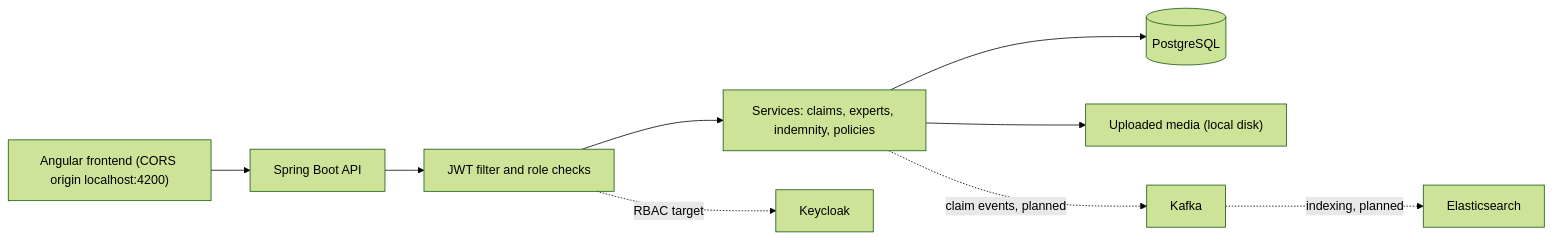
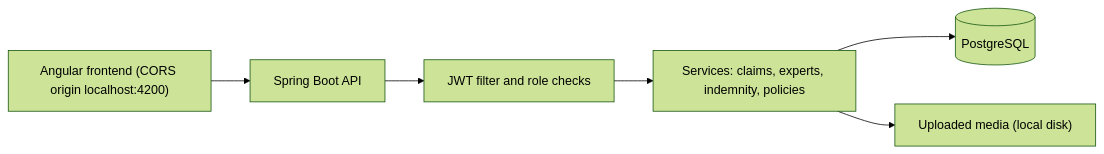
The diagram in README.md (Beru47/insurance-claims-platform), drawn with Mermaid (forest theme) before and after one commit. The commit also changed other lines of this file, not shown here.

````diff
--- a/README.md
+++ b/README.md
@@ -36,21 +31,15 @@
 ```mermaid
 flowchart LR
     ui["Angular frontend (CORS origin localhost:4200)"]
     api["Spring Boot API"]
     sec["JWT filter and role checks"]
     svc["Services: claims, experts, indemnity, policies"]
     db[("PostgreSQL")]
     files["Uploaded media (local disk)"]
-    kafka["Kafka"]
-    es["Elasticsearch"]
-    kc["Keycloak"]
 
     ui --> api
     api --> sec
     sec --> svc
     svc --> db
     svc --> files
-    svc -. claim events, planned .-> kafka
-    kafka -. indexing, planned .-> es
-    sec -. RBAC target .-> kc
 ```
````
